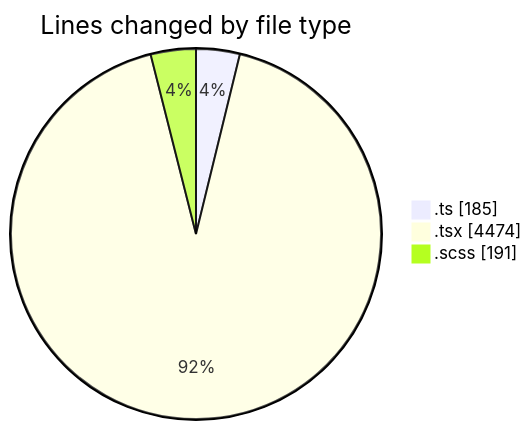
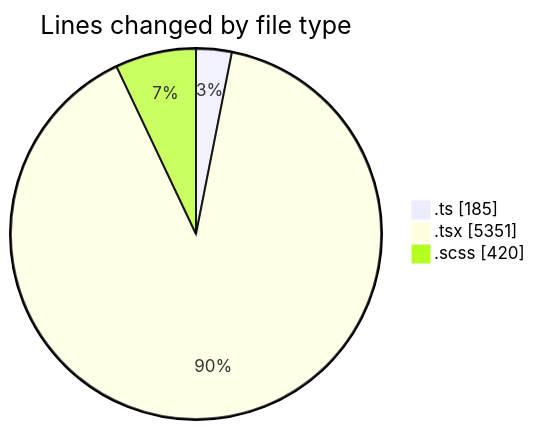
Before and after one commit to momahboobian/code-tracking: the first of 2 diagrams in 2026-11-05/cda/README.md, drawn with Mermaid. The commit also changed other lines of this file and 1 other file, not shown here.

````diff
--- a/2026-11-05/cda/README.md
+++ b/2026-11-05/cda/README.md
@@ -37,7 +40,7 @@
 ```mermaid
 pie showData
 title Lines changed by file type
 ".ts" : 185
-".tsx" : 4474
-".scss" : 191
+".tsx" : 5351
+".scss" : 420
 ```
````
